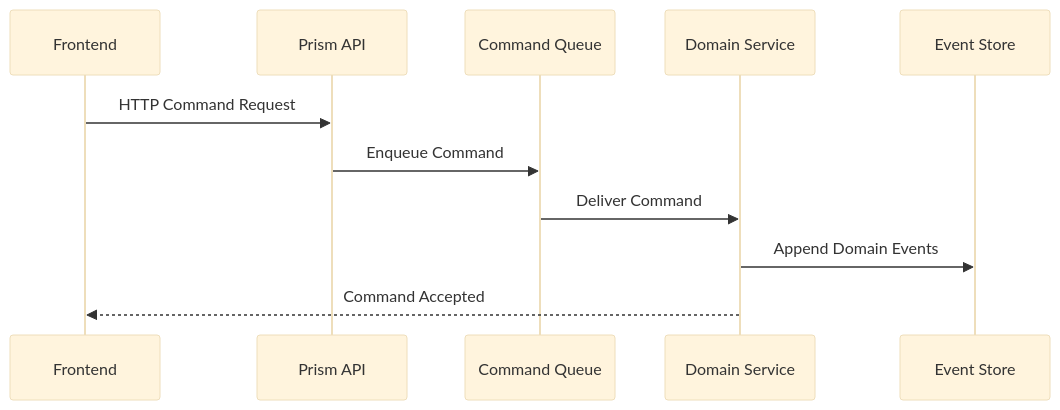
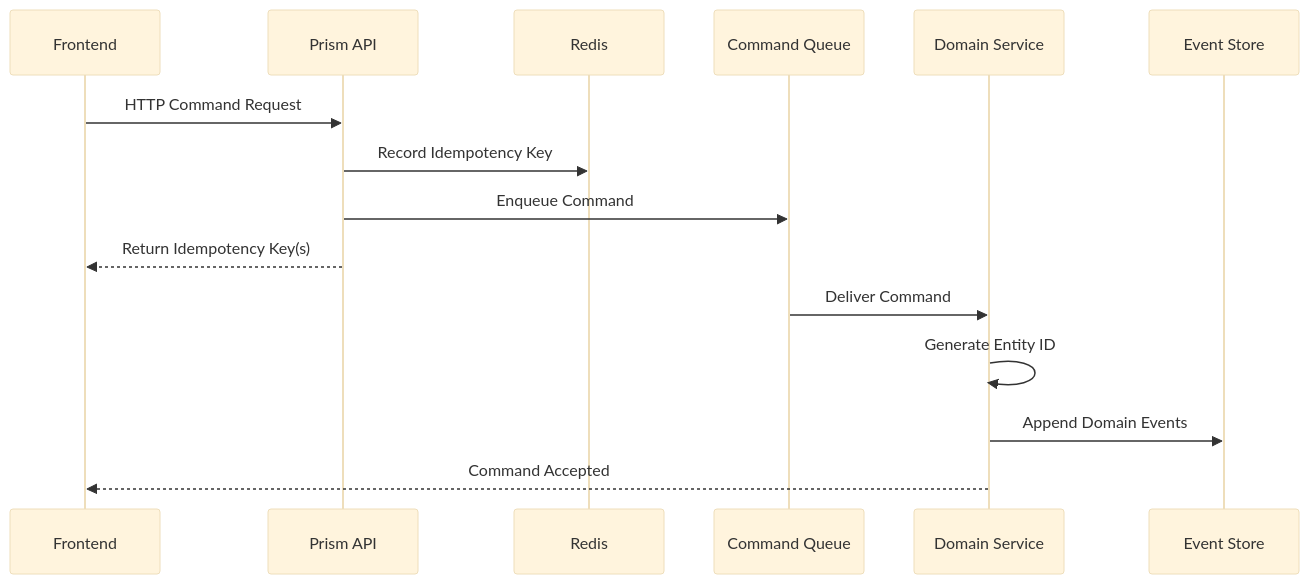
The first of 2 diagrams in docs/event_flow.md (MisterVVP/prism-plan), drawn with Mermaid (base theme) before and after one commit. The commit also changed 80 other files, not shown here.

````diff
--- a/docs/event_flow.md
+++ b/docs/event_flow.md
@@ -7,14 +7,18 @@
 ```mermaid
 sequenceDiagram
     participant UI as Frontend
     participant API as Prism API
+    participant RS as Redis
     participant CQ as Command Queue
     participant DS as Domain Service
     participant ES as Event Store
 
     UI->>API: HTTP Command Request
+    API->>RS: Record Idempotency Key
     API->>CQ: Enqueue Command
+    API-->>UI: Return Idempotency Key(s)
     CQ->>DS: Deliver Command
+    DS->>DS: Generate Entity ID
     DS->>ES: Append Domain Events
     DS-->>UI: Command Accepted
 ```
````
